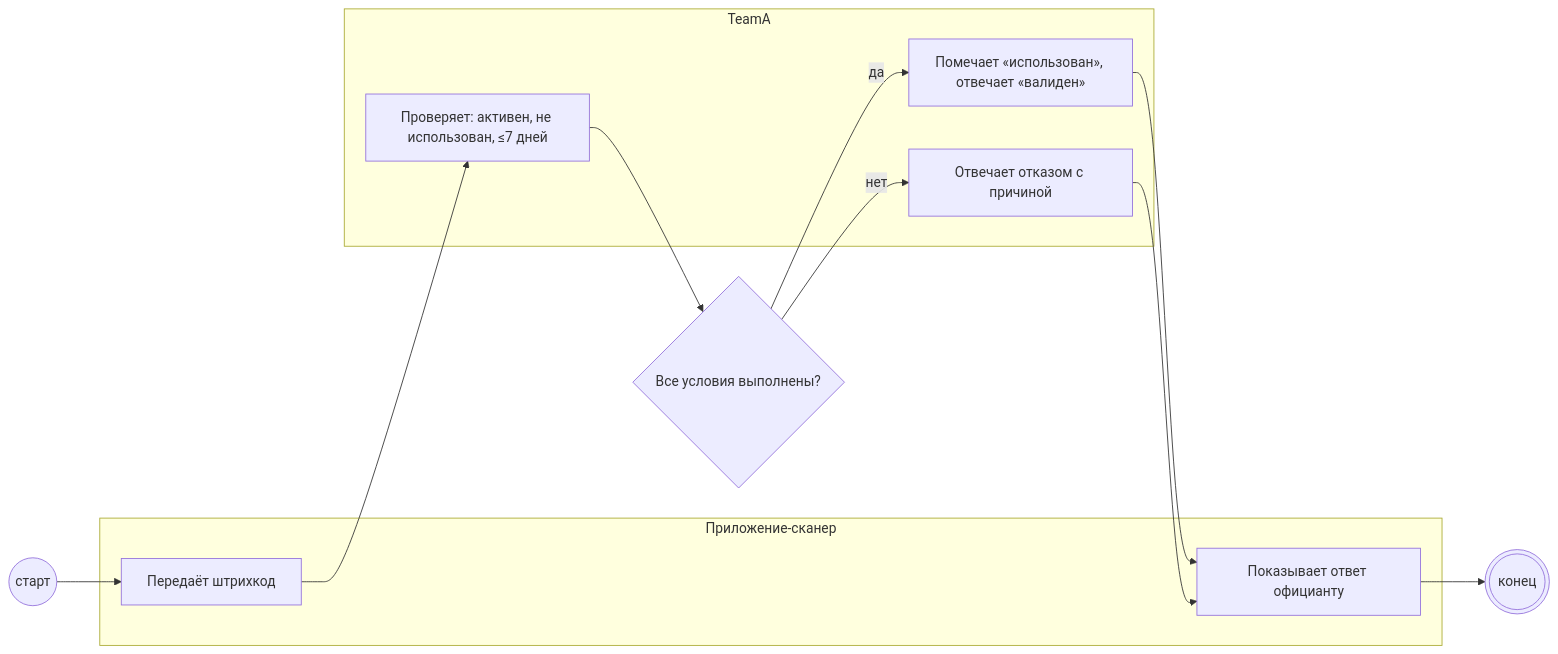
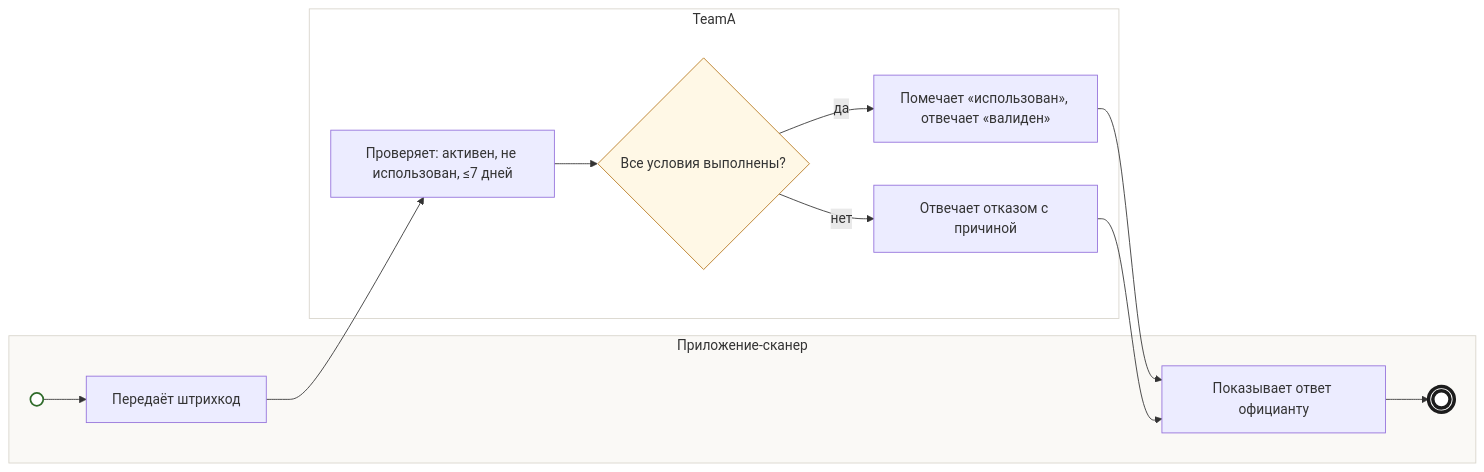
Before and after one commit to po-helper-org/poh-blueprint-writer: the diagram in skills/bft-blueprint/examples/dineclub-restart-blueprint/backlog/tasks/bp-16.1 - Проверка-билета-активен-не-использован-≤7-дней.md, drawn with Mermaid. The commit also changed 79 other files, not shown here.

First line of the commit message:
Карточка «Как это работает»: компактная заметка, схема mermaid, «Уточнить», источники

````diff
--- a/skills/bft-blueprint/examples/dineclub-restart-blueprint/backlog/tasks/bp-16.1 - Проверка-билета-активен-не-использован-≤7-дней.md
+++ b/skills/bft-blueprint/examples/dineclub-restart-blueprint/backlog/tasks/bp-16.1 - Проверка-билета-активен-не-использован-≤7-дней.md
@@ -43,23 +43,32 @@
 ```mermaid
 flowchart LR
-  S(("старт"))
   subgraph L1["Приложение-сканер"]
+    S((" "))
     N1["Передаёт штрихкод"]
     N6["Показывает ответ официанту"]
+    E(((" ")))
   end
   subgraph L2["TeamA"]
     N2["Проверяет: активен, не использован, ≤7 дней"]
+    G3{"Все условия выполнены?"}
     N4["Помечает «использован», отвечает «валиден»"]
     N5["Отвечает отказом с причиной"]
   end
-  G3{"Все условия выполнены?"}
-  E((("конец")))
   S --> N1
   N1 --> N2
   N2 --> G3
   G3 -- да --> N4
   G3 -- нет --> N5
   N4 --> N6
   N5 --> N6
   N6 --> E
+  classDef start fill:#fff,stroke:#2f6b2a,stroke-width:2px
+  classDef stop fill:#fff,stroke:#1c1c1c,stroke-width:4px
+  classDef gw fill:#fff8e6,stroke:#b7791f
+  classDef ask color:#c0392b,stroke:#c0392b
+  class S start
+  class E stop
+  class G3 gw
+  style L1 fill:#faf9f6,stroke:#d8d4cb
+  style L2 fill:#ffffff,stroke:#d8d4cb
 ```
````
